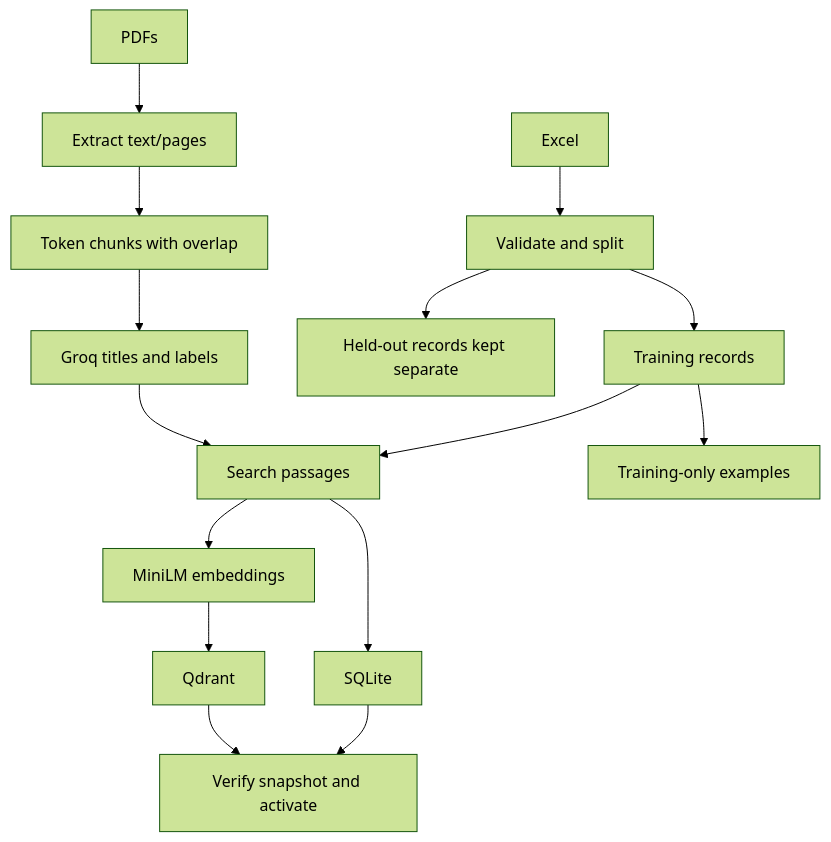
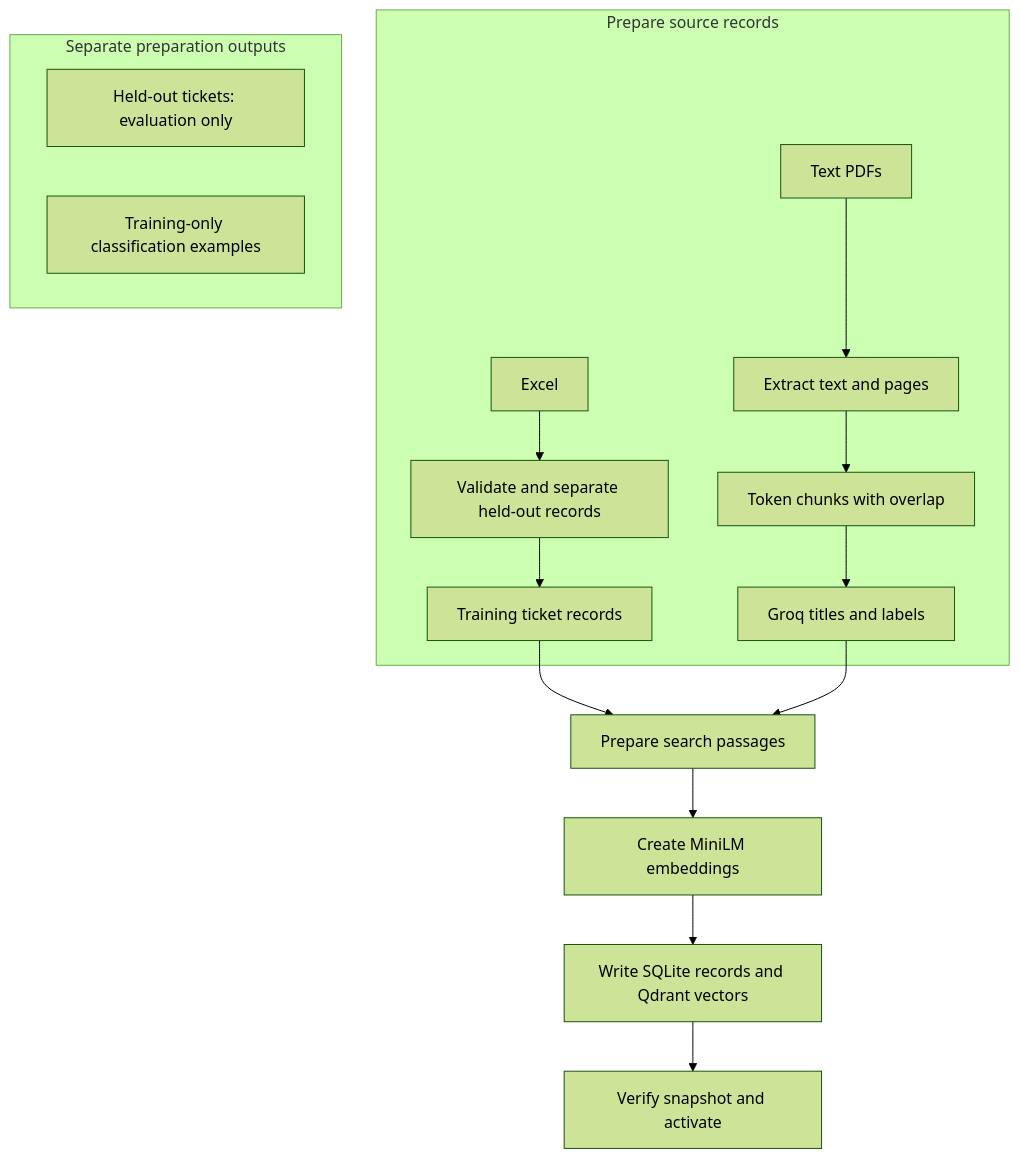
Before and after one commit to ananya-0607/telecom-support-assistant: the third of 15 diagrams in README.md, drawn with Mermaid (forest theme). The commit also changed other lines of this file, not shown here.

Commit message:
Add portable demo database and simplify architecture diagrams

````diff
--- a/README.md
+++ b/README.md
@@ -100,17 +103,19 @@
 ```mermaid
-flowchart TD
-    X[Excel] --> V[Validate and split]
-    V --> T[Training records]
-    V --> E[Held-out records kept separate]
-    P[PDFs] --> EX[Extract text/pages]
-    EX --> CH[Token chunks with overlap]
-    CH --> META[Groq titles and labels]
-    T --> PASS[Search passages]
+flowchart TB
+    subgraph SOURCES[Prepare source records]
+        X[Excel] --> V[Validate and separate held-out records]
+        V --> T[Training ticket records]
+        P[Text PDFs] --> EX[Extract text and pages]
+        EX --> CH[Token chunks with overlap]
+        CH --> META[Groq titles and labels]
+    end
+    T --> PASS[Prepare search passages]
     META --> PASS
-    PASS --> EMB[MiniLM embeddings]
-    PASS --> DB[SQLite]
-    EMB --> Q[Qdrant]
+    PASS --> EMB[Create MiniLM embeddings]
+    EMB --> DB[Write SQLite records and Qdrant vectors]
     DB --> CHECK[Verify snapshot and activate]
-    Q --> CHECK
-    T --> FEW[Training-only examples]
+    subgraph AUX[Separate preparation outputs]
+        E[Held-out tickets: evaluation only]
+        FEW[Training-only classification examples]
+    end
 ```
````
